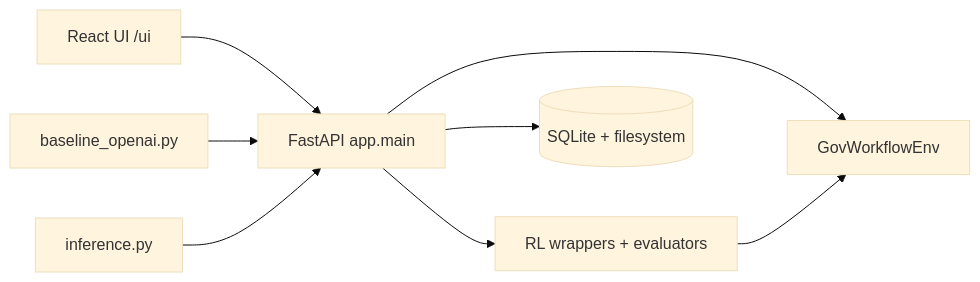
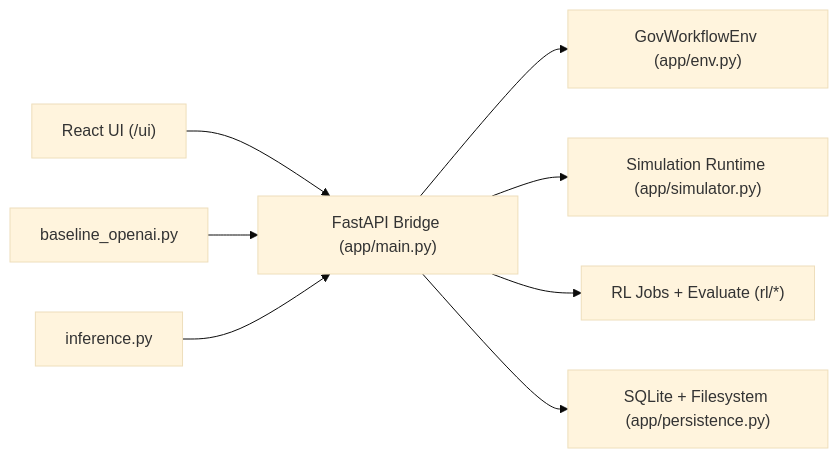
One commit to SiddharajShirke/OPENENV_RL changed the first of 2 diagrams in README.md. Above: the diagram before and after it, drawn with Mermaid (base theme). The commit also changed other lines of this file and 23 other files, not shown here.

````diff
--- a/README.md
+++ b/README.md
@@ -36,10 +29,10 @@
 ```mermaid
 flowchart LR
-  UI[React UI /ui] --> API[FastAPI app.main]
-  CLI1[baseline_openai.py] --> API
-  CLI2[inference.py] --> API
-  API --> ENV[GovWorkflowEnv]
-  API --> RL[RL wrappers + evaluators]
-  RL --> ENV
-  API --> PERSIST[(SQLite + filesystem)]
+  UI["React UI (/ui)"] --> API["FastAPI Bridge (app/main.py)"]
+  API --> ENV["GovWorkflowEnv (app/env.py)"]
+  API --> SIM["Simulation Runtime (app/simulator.py)"]
+  API --> RL["RL Jobs + Evaluate (rl/*)"]
+  API --> STORE["SQLite + Filesystem (app/persistence.py)"]
+  CLI1["baseline_openai.py"] --> API
+  CLI2["inference.py"] --> API
 ```
````
